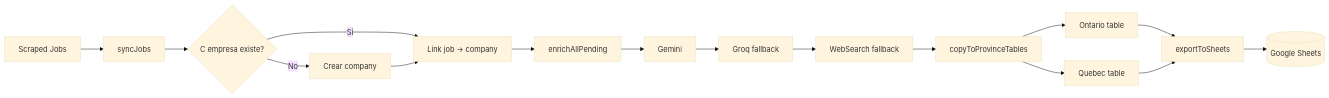
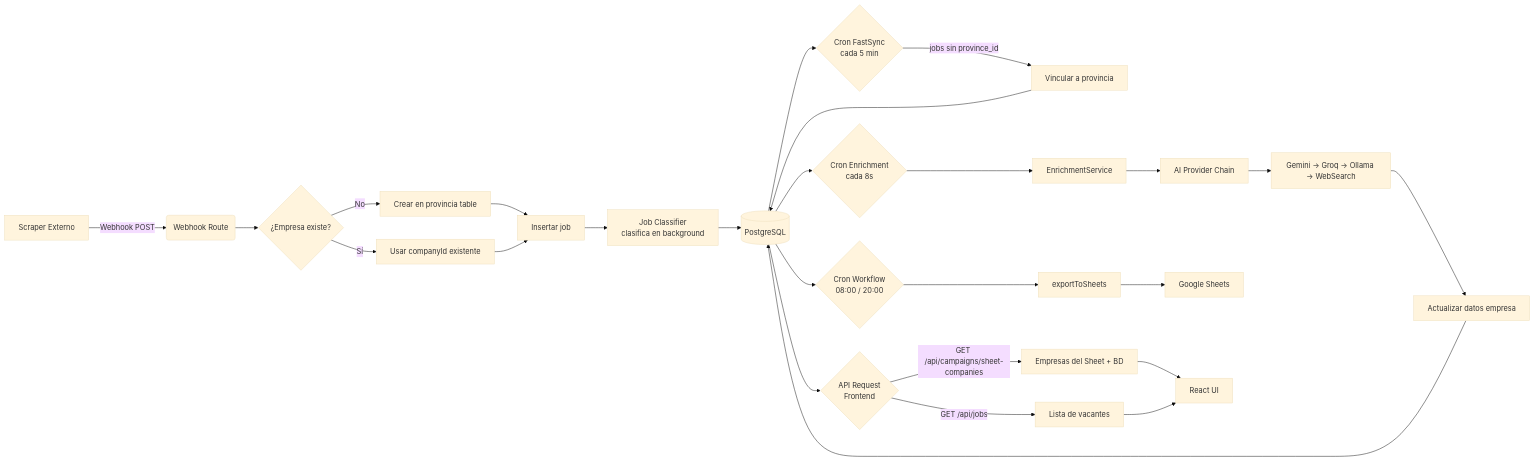
One commit to Wizar-Cyber/CanTrack-CRM changed the seventh of 7 diagrams in AUDITORIA-TECNICA.md. Above: the diagram before and after it, drawn with Mermaid (base theme). The commit also changed other lines of this file and 86 other files, not shown here.

````diff
--- a/AUDITORIA-TECNICA.md
+++ b/AUDITORIA-TECNICA.md
@@ -478,18 +1211,32 @@
 ```mermaid
 flowchart LR
-    A[Scraped Jobs] --> B[syncJobs]
-    B --> C{C empresa existe?}
-    C -->|Sí| D[Link job → company]
-    C -->|No| E[Crear company]
-    E --> D
-    D --> F[enrichAllPending]
-    F --> G[Gemini]
-    G --> H[Groq fallback]
-    H --> I[WebSearch fallback]
-    I --> J[copyToProvinceTables]
-    J --> K[Ontario table]
-    J --> L[Quebec table]
-    K --> M[exportToSheets]
-    L --> M
-    M --> N[(Google Sheets)]
+    A[Scraper Externo] -->|Webhook POST| B(Webhook Route)
+    B --> C{¿Empresa existe?}
+    C -->|No| D[Crear en provincia table]
+    C -->|Sí| E[Usar companyId existente]
+    D --> F[Insertar job]
+    E --> F
+    F --> G[Job Classifier<br/>clasifica en background]
+    G --> H[(PostgreSQL)]
+    
+    H --> I{Cron FastSync<br/>cada 5 min}
+    I -->|jobs sin province_id| J[Vincular a provincia]
+    J --> H
+    
+    H --> K{Cron Enrichment<br/>cada 8s}
+    K --> L[EnrichmentService]
+    L --> M[AI Provider Chain]
+    M --> N[Gemini → Groq → Ollama → WebSearch]
+    N --> O[Actualizar datos empresa]
+    O --> H
+    
+    H --> P{Cron Workflow<br/>08:00 / 20:00}
+    P --> Q[exportToSheets]
+    Q --> R[Google Sheets]
+    
+    H --> S{API Request<br/>Frontend}
+    S -->|GET /api/campaigns/sheet-companies| T[Empresas del Sheet + BD]
+    S -->|GET /api/jobs| U[Lista de vacantes]
+    T --> V[React UI]
+    U --> V
 ```
````
